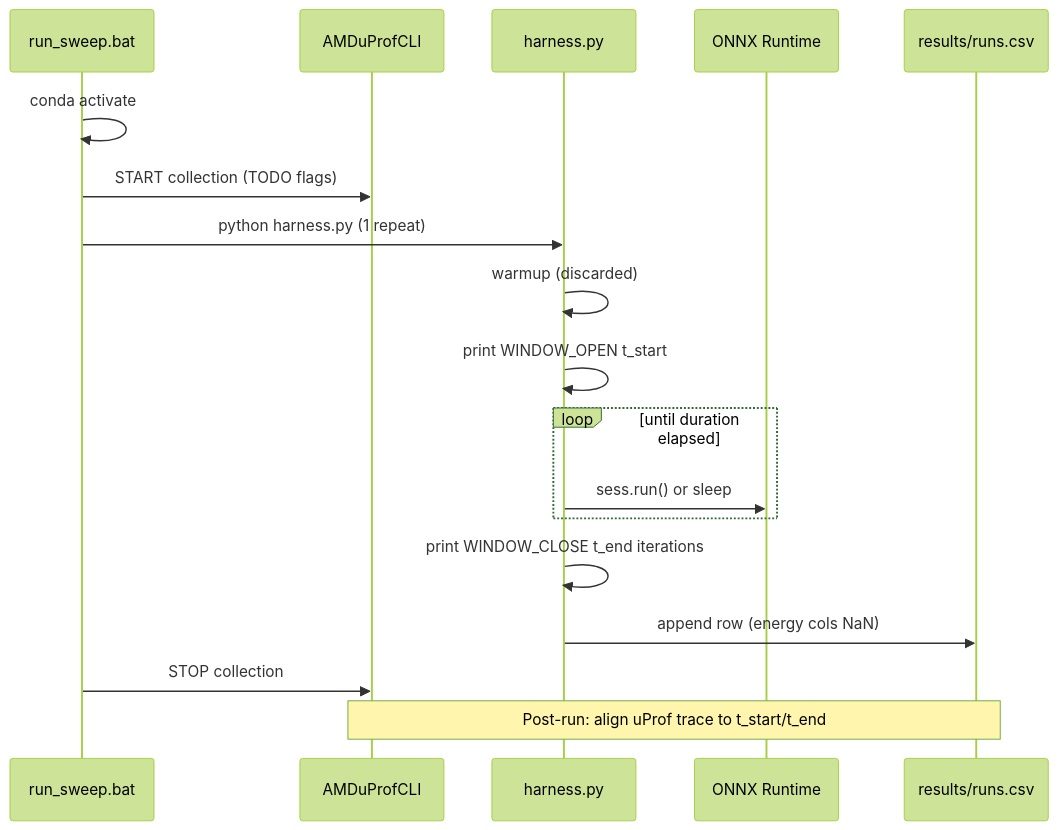
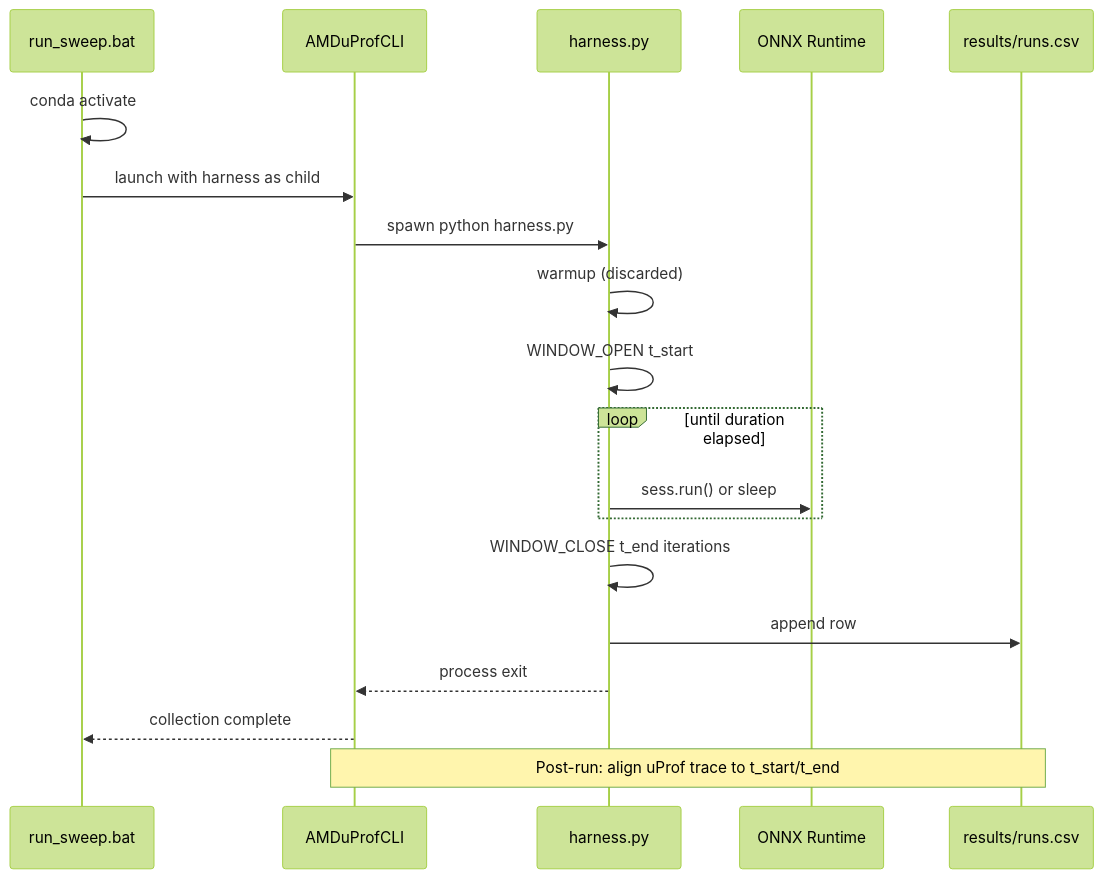
One commit to linkyyyyy/pytorch-attention changed the diagram in benchmark/IMPLEMENTATION_BLUEPRINT.md. Above: the diagram before and after it, drawn with Mermaid (forest theme). The commit also changed other lines of this file, not shown here.

````diff
--- a/benchmark/IMPLEMENTATION_BLUEPRINT.md
+++ b/benchmark/IMPLEMENTATION_BLUEPRINT.md
@@ -362,21 +379,22 @@
 ```mermaid
 sequenceDiagram
     participant BAT as run_sweep.bat
     participant UP as AMDuProfCLI
     participant H as harness.py
     participant ORT as ONNX Runtime
     participant CSV as results/runs.csv
 
     BAT->>BAT: conda activate
-    BAT->>UP: START collection (TODO flags)
-    BAT->>H: python harness.py (1 repeat)
+    BAT->>UP: launch with harness as child
+    UP->>H: spawn python harness.py
     H->>H: warmup (discarded)
-    H->>H: print WINDOW_OPEN t_start
+    H->>H: WINDOW_OPEN t_start
     loop until duration elapsed
         H->>ORT: sess.run() or sleep
     end
-    H->>H: print WINDOW_CLOSE t_end iterations
-    H->>CSV: append row (energy cols NaN)
-    BAT->>UP: STOP collection
+    H->>H: WINDOW_CLOSE t_end iterations
+    H->>CSV: append row
+    H-->>UP: process exit
+    UP-->>BAT: collection complete
     Note over UP,CSV: Post-run: align uProf trace to t_start/t_end
 ```
````
